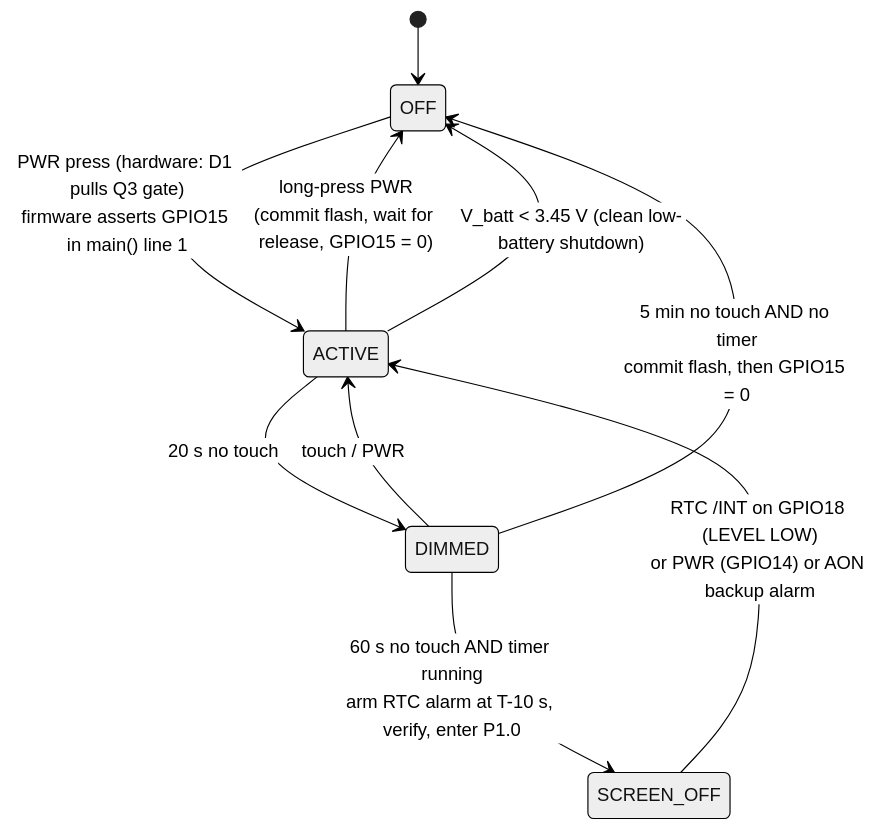
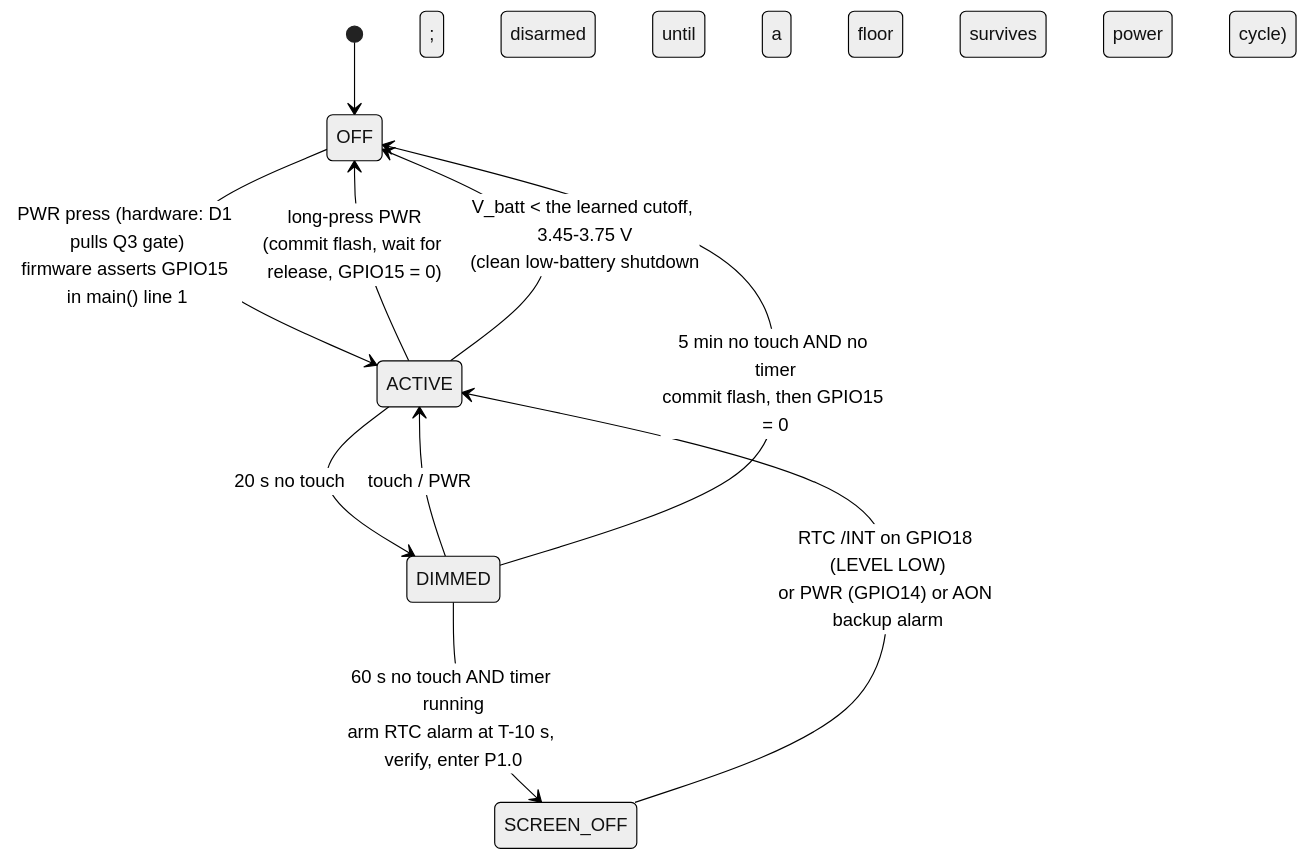
The diagram in docs/power-and-time.md (Devin-Cooper/h0urg1ass), drawn with Mermaid (neutral theme) before and after one commit. The commit also changed other lines of this file, not shown here.

First line of the commit message:
docs(power): describe the gauge that is built, not the one that was proposed

````diff
--- a/docs/power-and-time.md
+++ b/docs/power-and-time.md
@@ -1112,12 +1126,12 @@
 ```mermaid
 stateDiagram-v2
     [*] --> OFF
     OFF --> ACTIVE: PWR press (hardware: D1 pulls Q3 gate)<br/>firmware asserts GPIO15 in main() line 1
     ACTIVE --> DIMMED: 20 s no touch
     DIMMED --> ACTIVE: touch / PWR
     DIMMED --> SCREEN_OFF: 60 s no touch AND timer running<br/>arm RTC alarm at T-10 s, verify, enter P1.0
     DIMMED --> OFF: 5 min no touch AND no timer<br/>commit flash, then GPIO15 = 0
     SCREEN_OFF --> ACTIVE: RTC /INT on GPIO18 (LEVEL LOW)<br/>or PWR (GPIO14) or AON backup alarm
     ACTIVE --> OFF: long-press PWR<br/>(commit flash, wait for release, GPIO15 = 0)
-    ACTIVE --> OFF: V_batt < 3.45 V (clean low-battery shutdown)
+    ACTIVE --> OFF: V_batt < the learned cutoff, 3.45-3.75 V<br/>(clean low-battery shutdown; disarmed until a floor survives a power cycle)
 ```
````
